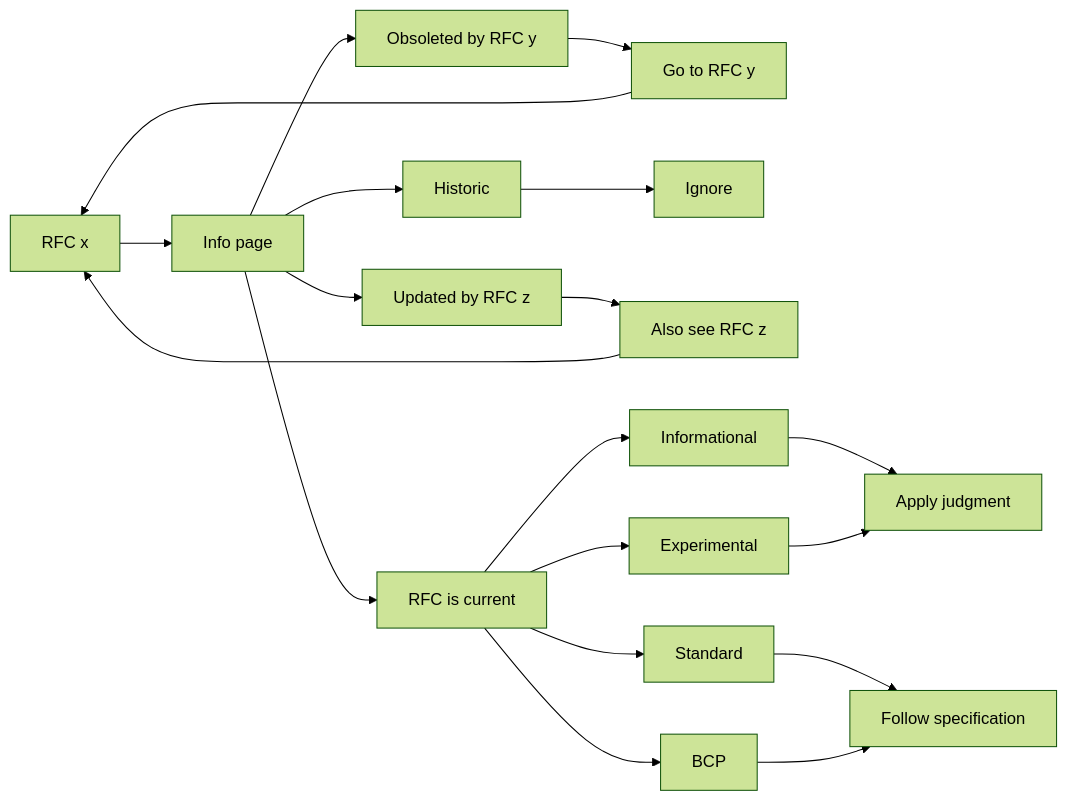
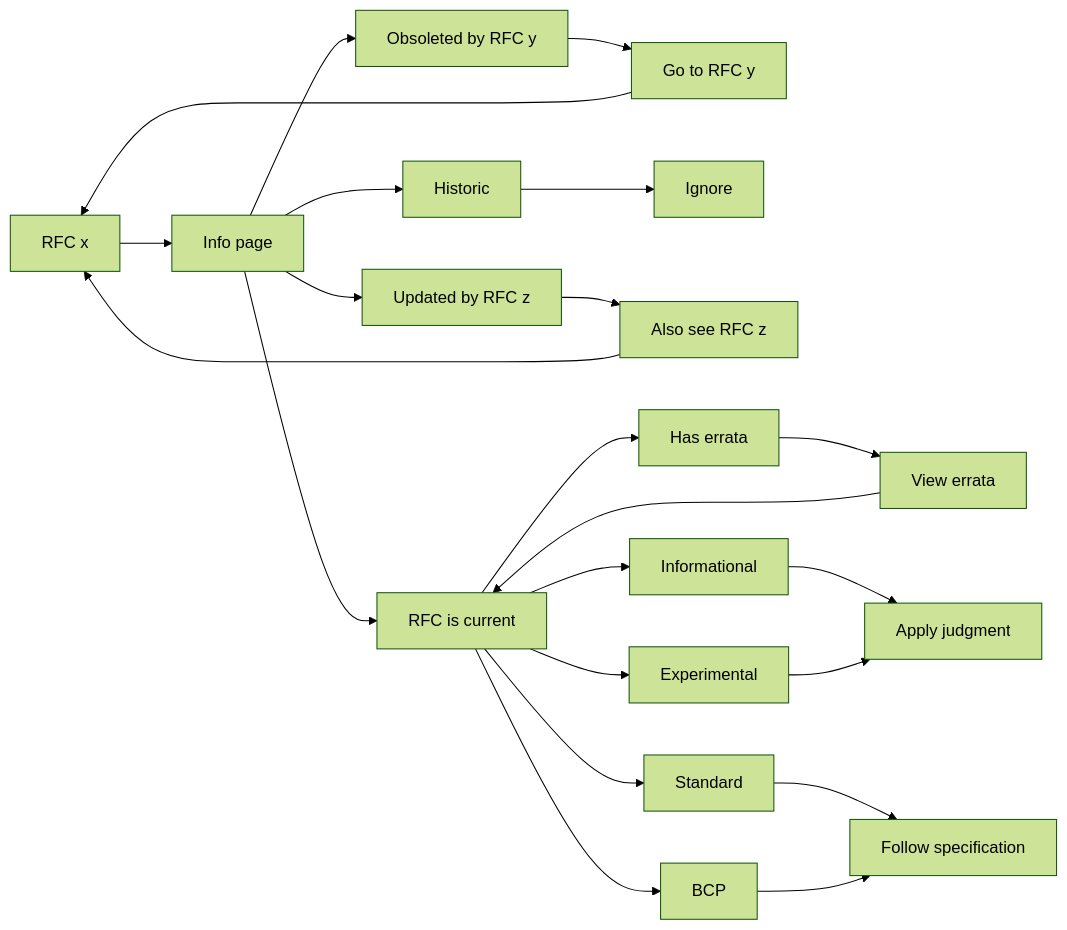
The first of 2 diagrams in 8. Further Reading/8. Further Reading.md (becarpenter/book6), drawn with Mermaid (forest theme) before and after one commit. The commit also changed other lines of this file, not shown here.

````diff
--- a/8. Further Reading/8. Further Reading.md
+++ b/8. Further Reading/8. Further Reading.md
@@ -18,12 +20,13 @@
 ```mermaid
 flowchart LR
     R[RFC x] --> I[Info page]
     I --> O[Obsoleted by RFC y] --> GT[Go to RFC y] --> R
     I --> H[Historic] --> IG[Ignore]
     I --> U[Updated by RFC z] --> AS[Also see RFC z] --> R
     I --> C[RFC is current]
+    C --> ER[Has errata] --> V[View errata] --> C
     C --> F[Informational] --> J[Apply judgment]
-    C --> E[Experimental] --> J
+    C --> E[Experimental] --> J 
     C --> S[Standard] --> L[Follow specification]
     C --> B[BCP] --> L
 ```
````
